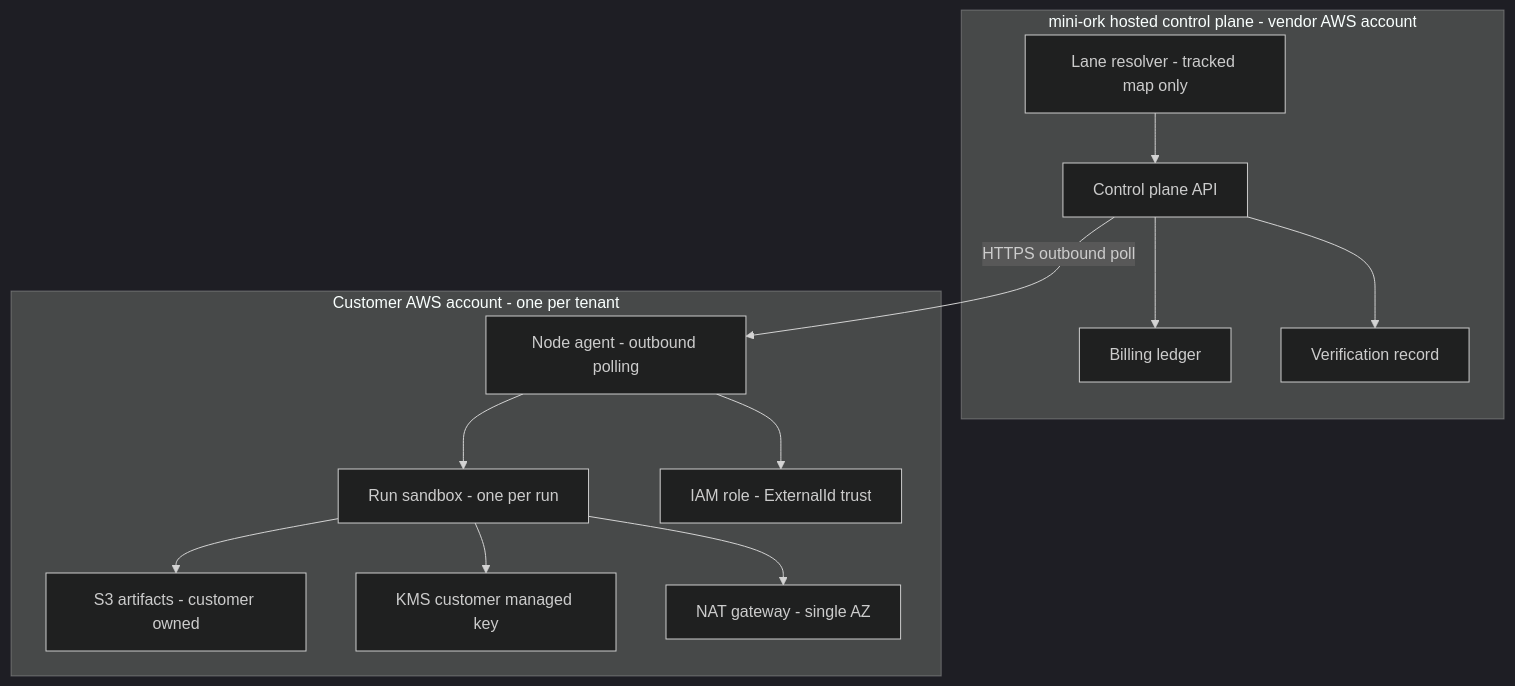
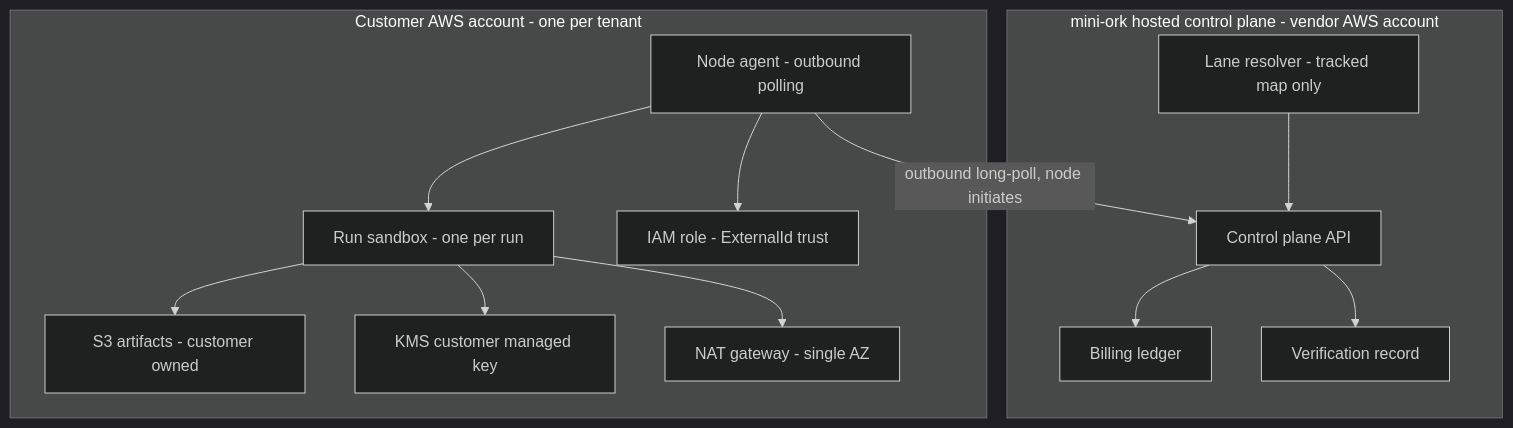
Before and after one commit to SourceShift/mini-ork: the first of 4 diagrams in docs/architecture/cloud-saas-aws.md, drawn with Mermaid (dark theme). The commit also changed other lines of this file, not shown here.

First line of the commit message:
docs(cloud): align consensus markers and node-agent direction with the text

````diff
--- a/docs/architecture/cloud-saas-aws.md
+++ b/docs/architecture/cloud-saas-aws.md
@@ -87,26 +87,26 @@
 ```mermaid
 flowchart TB
     subgraph Vendor["mini-ork hosted control plane - vendor AWS account"]
         API["Control plane API"]
         RESOLVE["Lane resolver - tracked map only"]
         LEDGER["Billing ledger"]
         RECORD["Verification record"]
     end
     subgraph Customer["Customer AWS account - one per tenant"]
         NA["Node agent - outbound polling"]
         SBX["Run sandbox - one per run"]
         S3["S3 artifacts - customer owned"]
         CMK["KMS customer managed key"]
         ROLE["IAM role - ExternalId trust"]
         NAT["NAT gateway - single AZ"]
     end
-    API -->|"HTTPS outbound poll"| NA
+    NA -->|"outbound long-poll, node initiates"| API
     RESOLVE --> API
     NA --> SBX
     NA --> ROLE
     SBX --> S3
     SBX --> CMK
     SBX --> NAT
     API --> LEDGER
     API --> RECORD
 ```
````
